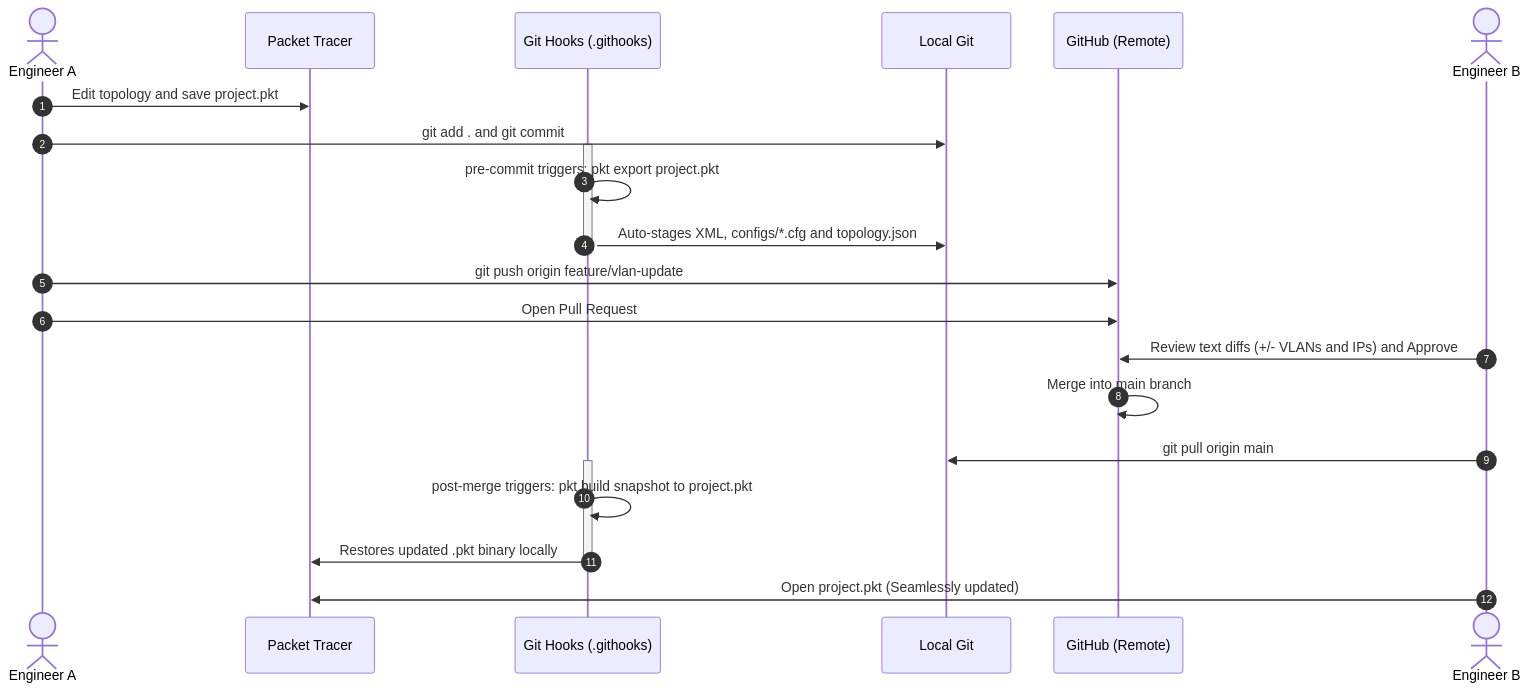
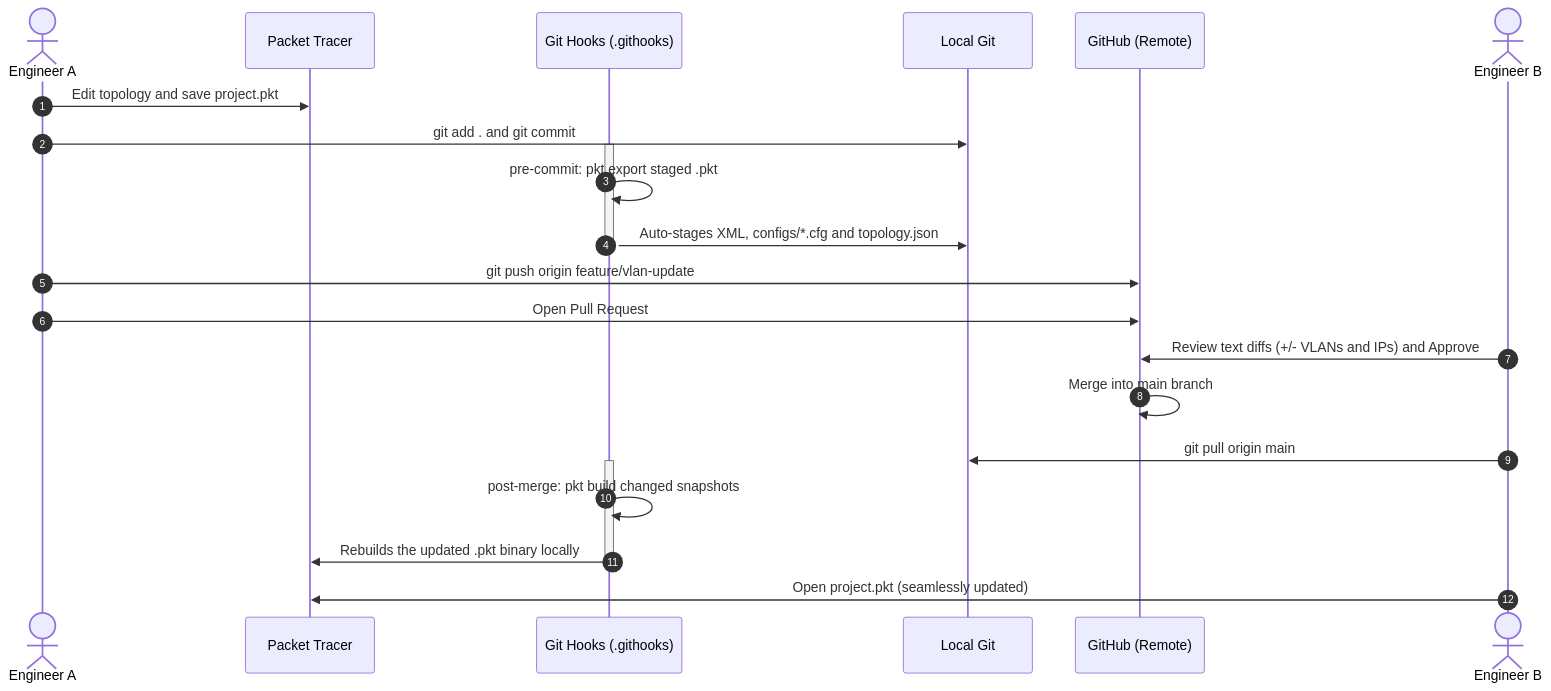
The second of 3 diagrams in README.md (MarkOne-dev/pkt-git), drawn with Mermaid before and after one commit. The commit also changed other lines of this file and 1 other file, not shown here.

````diff
--- a/README.md
+++ b/README.md
@@ -218,28 +201,28 @@
 ```mermaid
 sequenceDiagram
     autonumber
     actor DevA as Engineer A
     participant PT as Packet Tracer
     participant Hook as Git Hooks (.githooks)
     participant Git as Local Git
     participant Hub as GitHub (Remote)
     actor DevB as Engineer B
 
     DevA->>PT: Edit topology and save project.pkt
     DevA->>Git: git add . and git commit
     activate Hook
-    Hook->>Hook: pre-commit triggers: pkt export project.pkt
+    Hook->>Hook: pre-commit: pkt export staged .pkt
     Hook->>Git: Auto-stages XML, configs/*.cfg and topology.json
     deactivate Hook
     DevA->>Hub: git push origin feature/vlan-update
     DevA->>Hub: Open Pull Request
     DevB->>Hub: Review text diffs (+/- VLANs and IPs) and Approve
     Hub->>Hub: Merge into main branch
 
     DevB->>Git: git pull origin main
     activate Hook
-    Hook->>Hook: post-merge triggers: pkt build snapshot to project.pkt
-    Hook->>PT: Restores updated .pkt binary locally
+    Hook->>Hook: post-merge: pkt build changed snapshots
+    Hook->>PT: Rebuilds the updated .pkt binary locally
     deactivate Hook
-    DevB->>PT: Open project.pkt (Seamlessly updated)
+    DevB->>PT: Open project.pkt (seamlessly updated)
 ```
````
